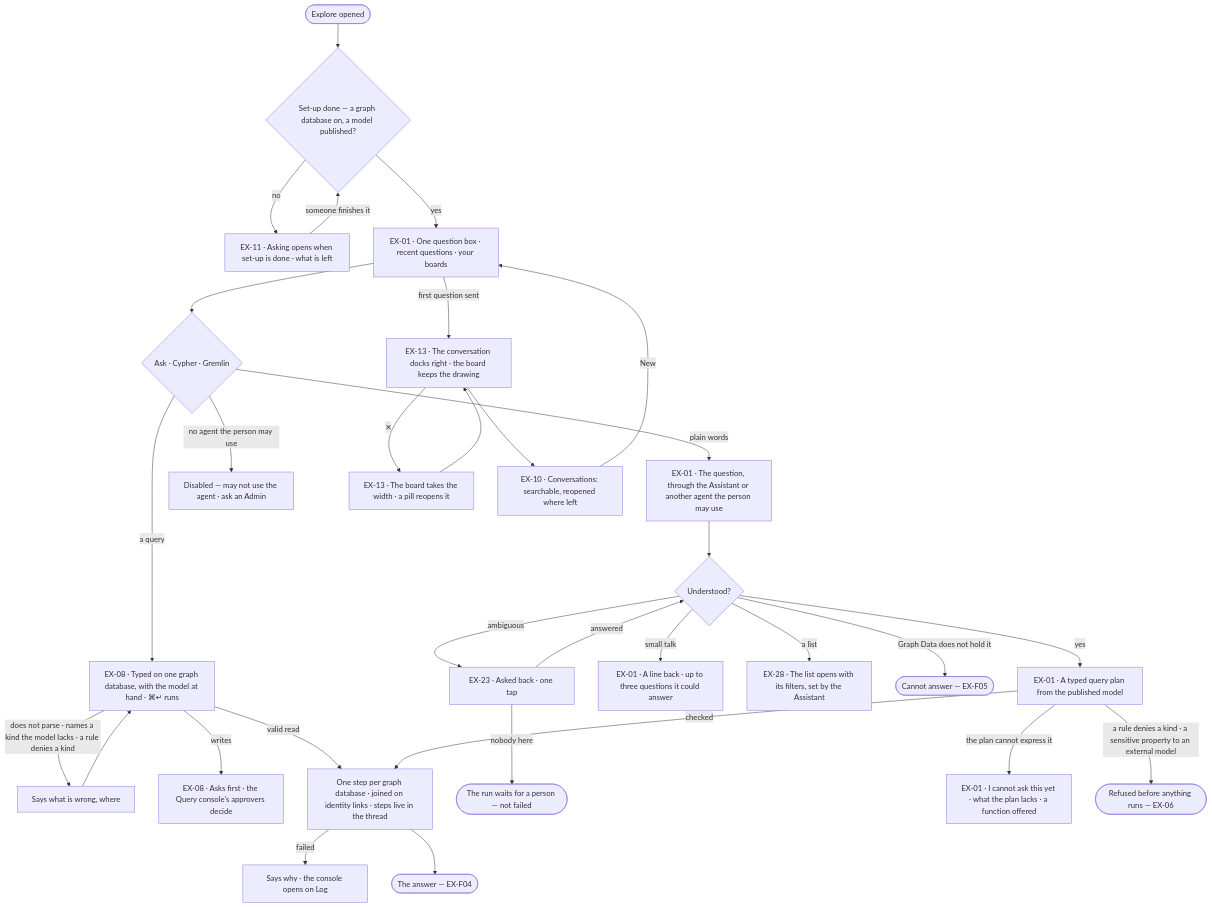
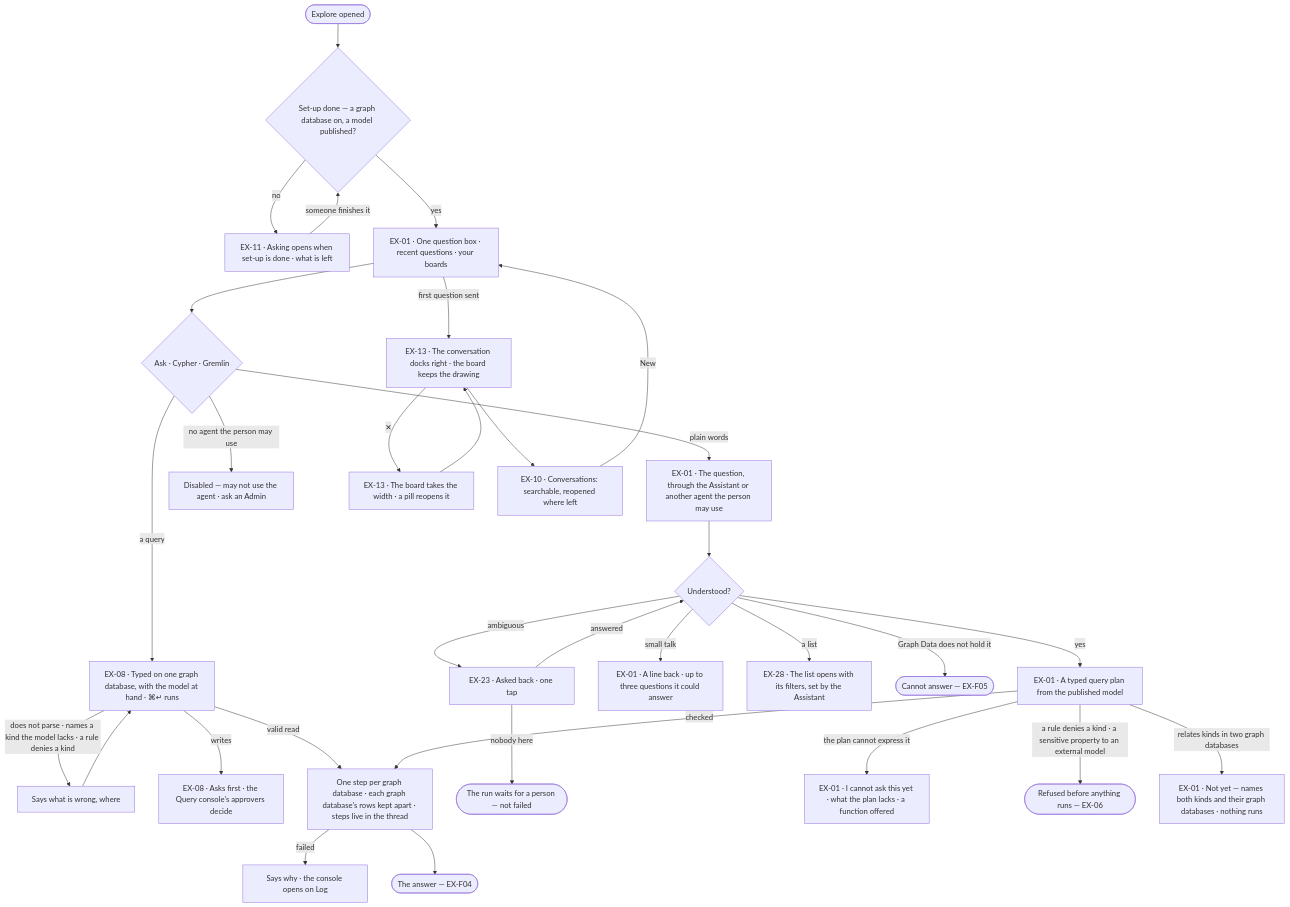
One commit to invana/invana changed the first of 2 diagrams in specs/capabilities/explore/features/EX-F03-ask-a-question/feature.md. Above: the diagram before and after it, drawn with Mermaid. The commit also changed other lines of this file and 54 other files, not shown here.

First line of the commit message:
docs(specs): many graph databases by access, links within one database, Model views restored

````diff
--- a/specs/capabilities/explore/features/EX-F03-ask-a-question/feature.md
+++ b/specs/capabilities/explore/features/EX-F03-ask-a-question/feature.md
@@ -27,32 +27,33 @@
 ```mermaid
 flowchart TD
   start([Explore opened]) --> lock{Set-up done — a graph database on, a model published?}
   lock -->|no| lk["EX-11 · Asking opens when set-up is done · what is left"]
   lk -->|someone finishes it| lock
   lock -->|yes| home["EX-01 · One question box · recent questions · your boards"]
   home --> kind{Ask · Cypher · Gremlin}
   kind -->|plain words| ask["EX-01 · The question, through the Assistant or another agent the person may use"]
   kind -->|a query| q["EX-08 · Typed on one graph database, with the model at hand · ⌘↵ runs"]
   kind -->|no agent the person may use| na["Disabled — may not use the agent · ask an Admin"]
   q -->|does not parse · names a kind the model lacks · a rule denies a kind| qe["Says what is wrong, where"] --> q
   q -->|writes| qw["EX-08 · Asks first · the Query console's approvers decide"]
   q -->|valid read| run
   ask --> u{Understood?}
   u -->|ambiguous| cq["EX-23 · Asked back · one tap"]
   cq -->|answered| u
   cq -->|nobody here| park(["The run waits for a person — not failed"])
   u -->|small talk| talk["EX-01 · A line back · up to three questions it could answer"]
   u -->|a list| ol["EX-28 · The list opens with its filters, set by the Assistant"]
   u -->|Graph Data does not hold it| ca(["Cannot answer — EX-F05"])
   u -->|yes| plan["EX-01 · A typed query plan from the published model"]
   plan -->|the plan cannot express it| gap["EX-01 · I cannot ask this yet · what the plan lacks · a function offered"]
   plan -->|a rule denies a kind · a sensitive property to an external model| rf(["Refused before anything runs — EX-06"])
-  plan -->|checked| run["One step per graph database · joined on identity links · steps live in the thread"]
+  plan -->|relates kinds in two graph databases| xdb["EX-01 · Not yet — names both kinds and their graph databases · nothing runs"]
+  plan -->|checked| run["One step per graph database · each graph database's rows kept apart · steps live in the thread"]
   run -->|failed| fl["Says why · the console opens on Log"]
   run --> ans(["The answer — EX-F04"])
   home -->|first question sent| dock["EX-13 · The conversation docks right · the board keeps the drawing"]
   dock -->|✕| closed["EX-13 · The board takes the width · a pill reopens it"]
   closed --> dock
   dock --> conv["EX-10 · Conversations: searchable, reopened where left"]
   conv -->|New| home
 ```
````
